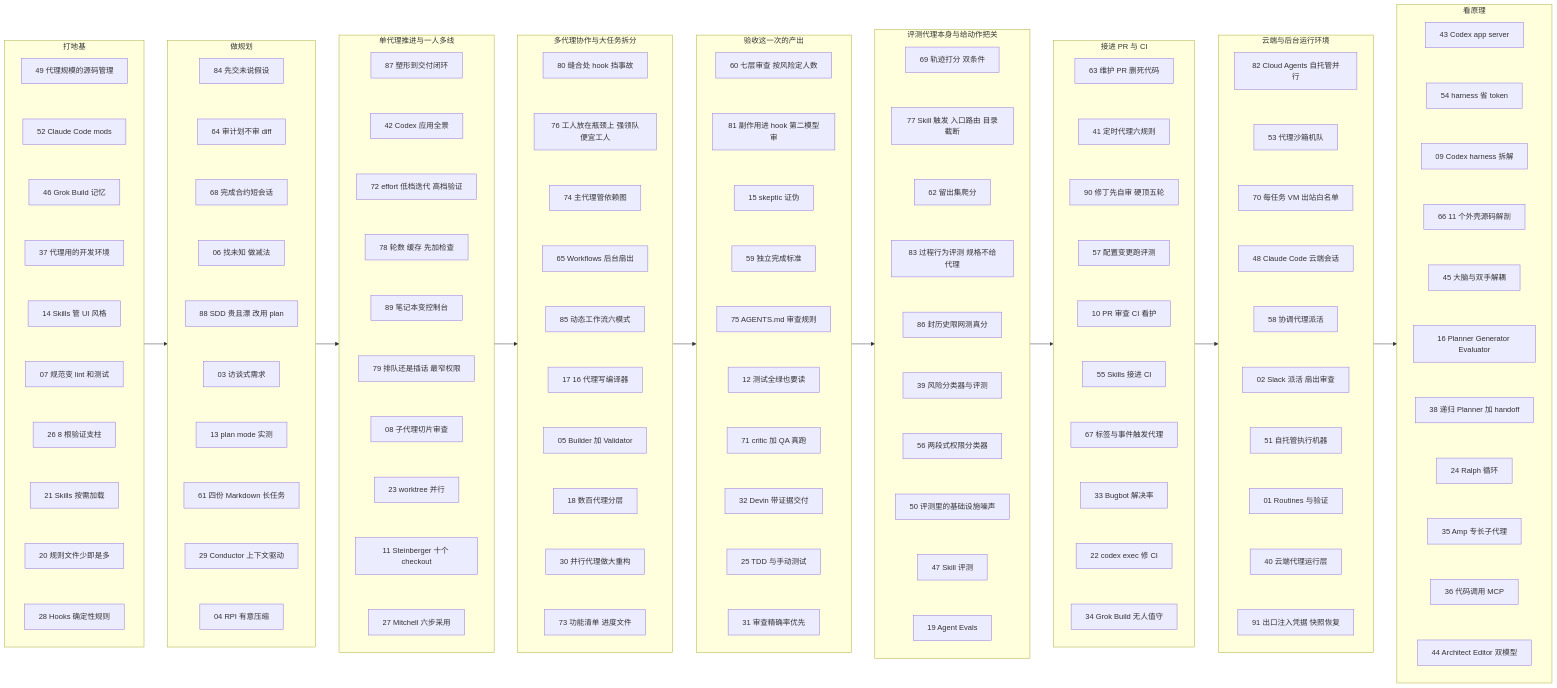
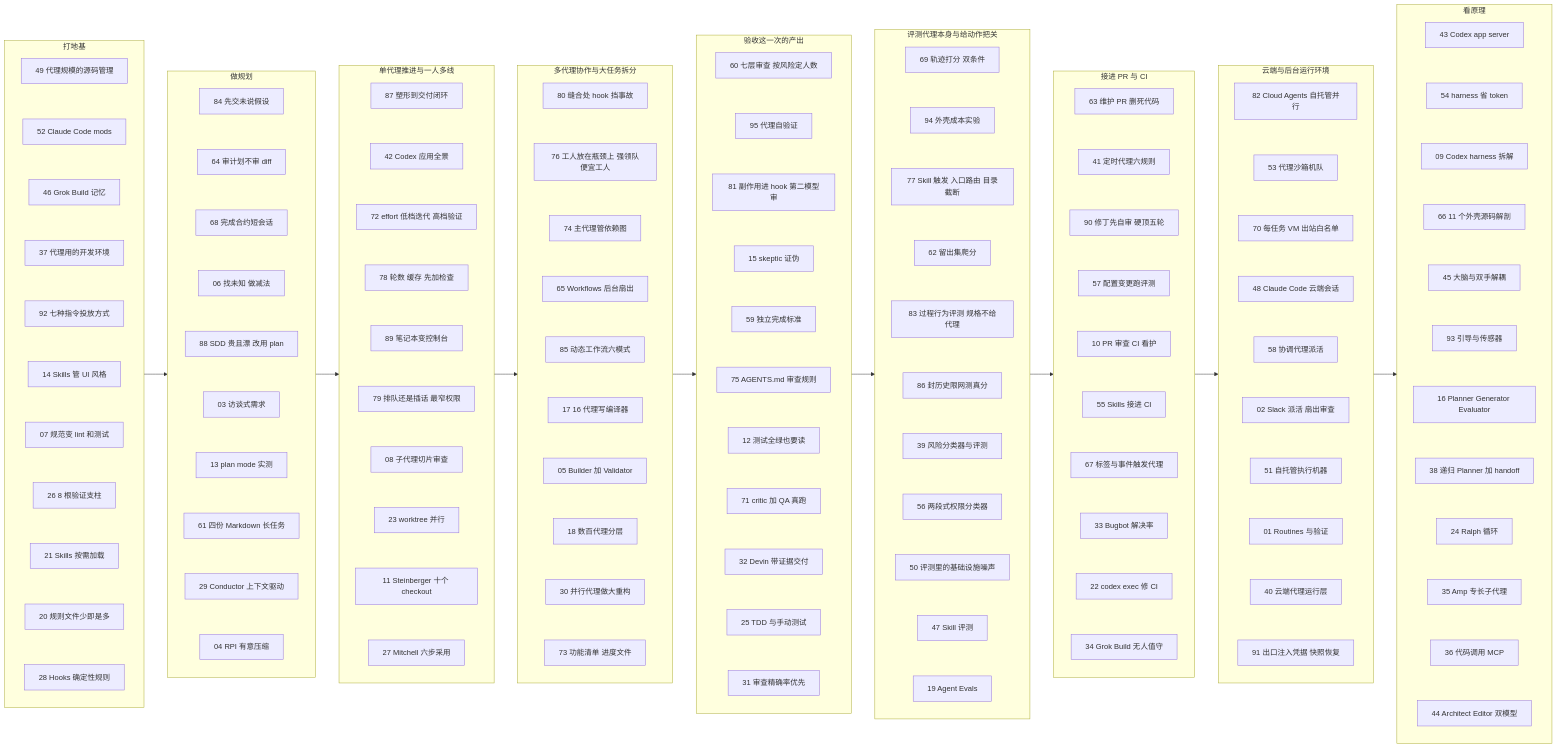
One commit to yzw7489757/ai-coding-videos changed the diagram in docs/index.md. Above: the diagram before and after it, drawn with Mermaid. The commit also changed other lines of this file and 17 other files, not shown here.

```diff
--- a/docs/index.md
+++ b/docs/index.md
@@ -120,6 +120,7 @@
     A52["52 Claude Code mods"]
     A46["46 Grok Build 记忆"]
     A37["37 代理用的开发环境"]
+    A92["92 七种指令投放方式"]
     A14["14 Skills 管 UI 风格"]
     A07["07 规范变 lint 和测试"]
     A26["26 8 根验证支柱"]
@@ -129,7 +130,8 @@
     A49 ~~~ A52
     A52 ~~~ A46
     A46 ~~~ A37
-    A37 ~~~ A14
+    A37 ~~~ A92
+    A92 ~~~ A14
     A14 ~~~ A07
     A07 ~~~ A26
     A26 ~~~ A21
@@ -205,6 +207,7 @@
   subgraph S5["验收这一次的产出"]
     direction TB
     A60["60 七层审查 按风险定人数"]
+    A95["95 代理自验证"]
     A81["81 副作用进 hook 第二模型审"]
     A15["15 skeptic 证伪"]
     A59["59 独立完成标准"]
@@ -214,7 +217,8 @@
     A32["32 Devin 带证据交付"]
     A25["25 TDD 与手动测试"]
     A31["31 审查精确率优先"]
-    A60 ~~~ A81
+    A60 ~~~ A95
+    A95 ~~~ A81
     A81 ~~~ A15
     A15 ~~~ A59
     A59 ~~~ A75
@@ -227,6 +231,7 @@
   subgraph S6["评测代理本身与给动作把关"]
     direction TB
     A69["69 轨迹打分 双条件"]
+    A94["94 外壳成本实验"]
     A77["77 Skill 触发 入口路由 目录截断"]
     A62["62 留出集爬分"]
     A83["83 过程行为评测 规格不给代理"]
@@ -236,7 +241,8 @@
     A50["50 评测里的基础设施噪声"]
     A47["47 Skill 评测"]
     A19["19 Agent Evals"]
-    A69 ~~~ A77
+    A69 ~~~ A94
+    A94 ~~~ A77
     A77 ~~~ A62
     A62 ~~~ A83
     A83 ~~~ A86
@@ -297,6 +303,7 @@
     A09["09 Codex harness 拆解"]
     A66["66 11 个外壳源码解剖"]
     A45["45 大脑与双手解耦"]
+    A93["93 引导与传感器"]
     A16["16 Planner Generator Evaluator"]
     A38["38 递归 Planner 加 handoff"]
     A24["24 Ralph 循环"]
@@ -307,7 +314,8 @@
     A54 ~~~ A09
     A09 ~~~ A66
     A66 ~~~ A45
-    A45 ~~~ A16
+    A45 ~~~ A93
+    A93 ~~~ A16
     A16 ~~~ A38
     A38 ~~~ A24
     A24 ~~~ A35
```
